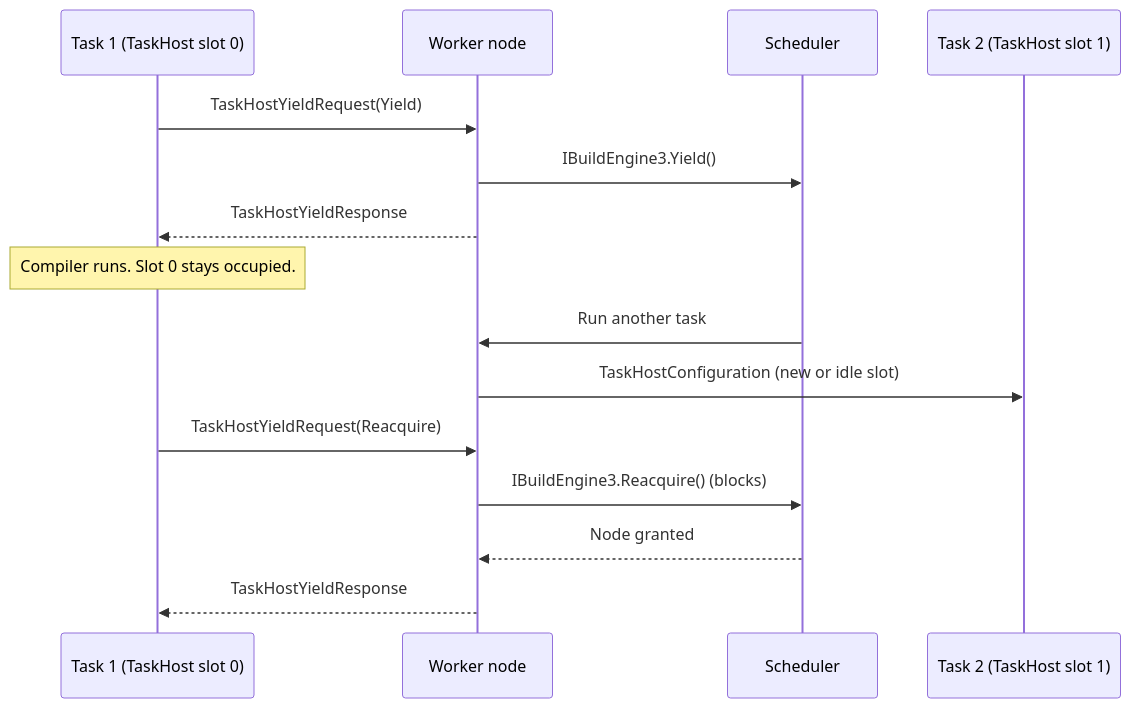
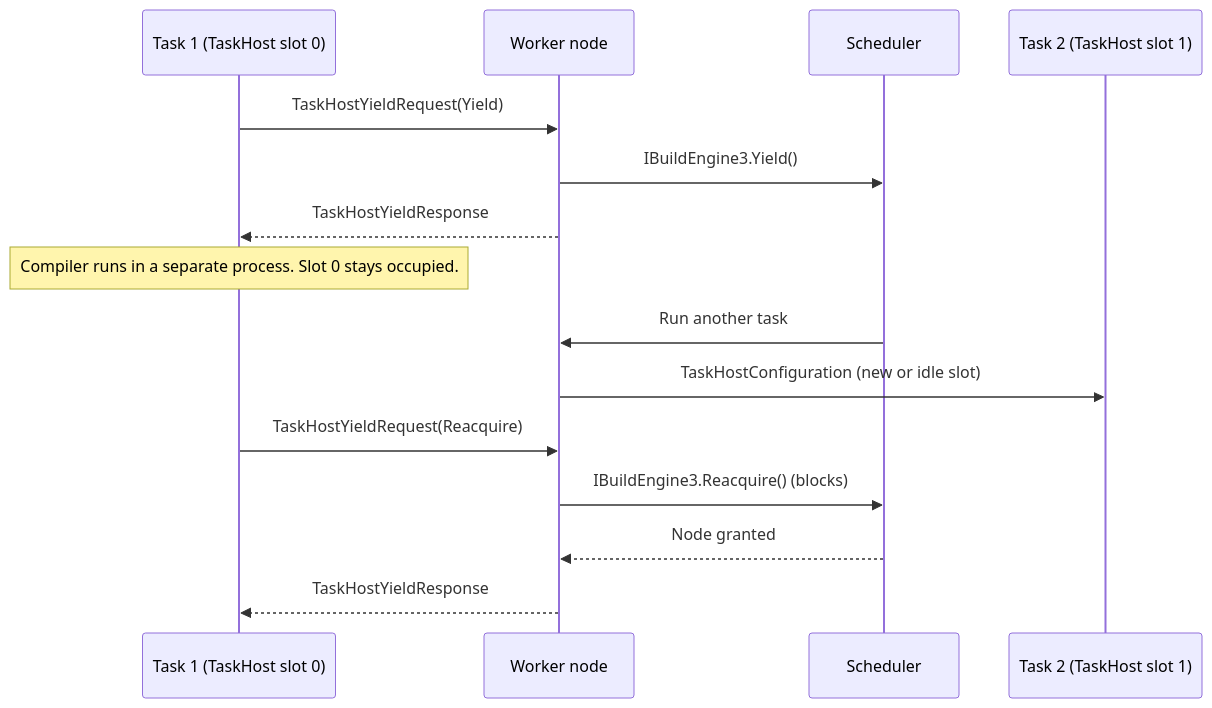
Before and after one commit to dotnet/msbuild: the first of 2 diagrams in documentation/specs/multithreading/taskhost-yield.md, drawn with Mermaid. The commit also changed other lines of this file, not shown here.

````diff
--- a/documentation/specs/multithreading/taskhost-yield.md
+++ b/documentation/specs/multithreading/taskhost-yield.md
@@ -56,18 +56,18 @@
 ```mermaid
 sequenceDiagram
     participant T1 as Task 1 (TaskHost slot 0)
     participant WN as Worker node
     participant SC as Scheduler
     participant T2 as Task 2 (TaskHost slot 1)
 
     T1->>WN: TaskHostYieldRequest(Yield)
     WN->>SC: IBuildEngine3.Yield()
     WN-->>T1: TaskHostYieldResponse
-    Note over T1: Compiler runs. Slot 0 stays occupied.
+    Note over T1: Compiler runs in a separate process. Slot 0 stays occupied.
     SC->>WN: Run another task
     WN->>T2: TaskHostConfiguration (new or idle slot)
     T1->>WN: TaskHostYieldRequest(Reacquire)
     WN->>SC: IBuildEngine3.Reacquire() (blocks)
     SC-->>WN: Node granted
     WN-->>T1: TaskHostYieldResponse
 ```
````
